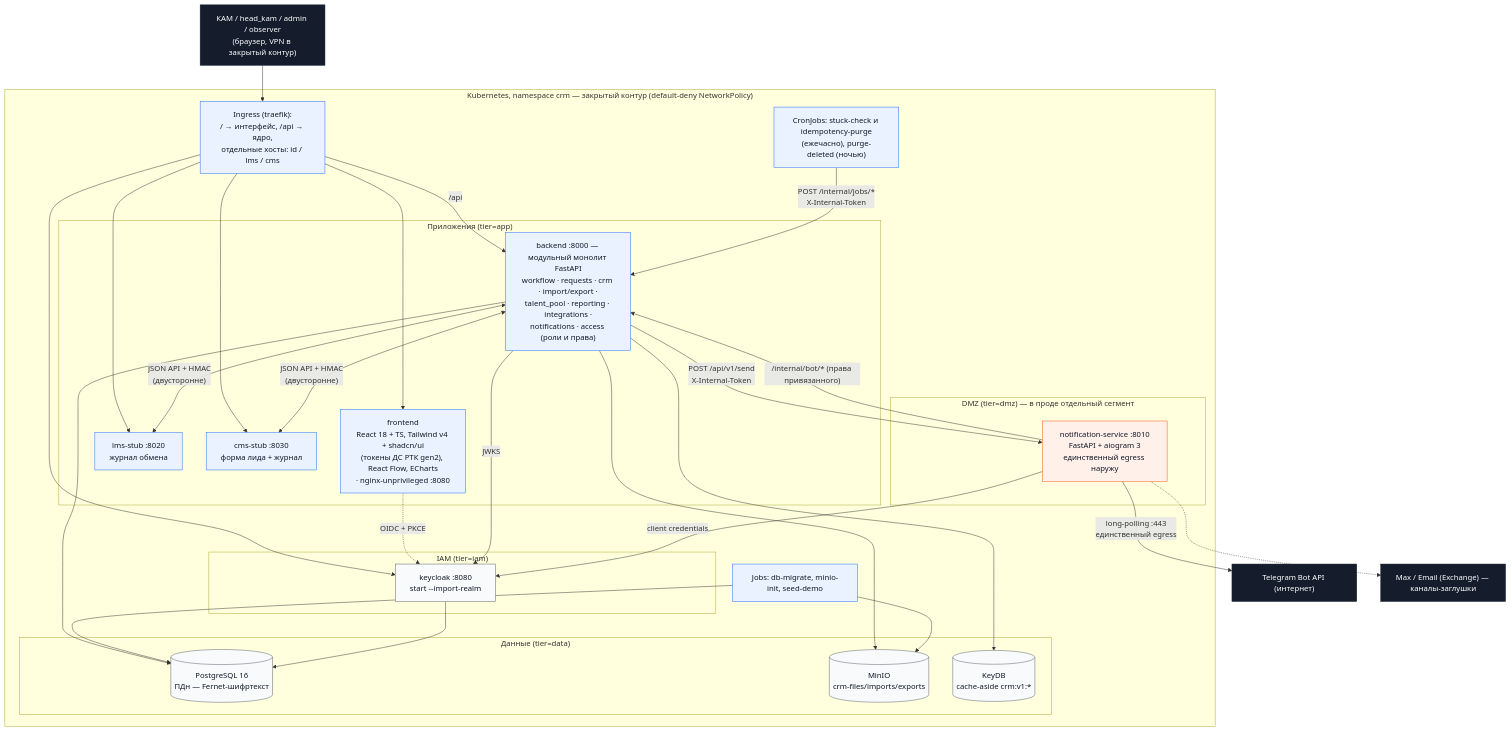
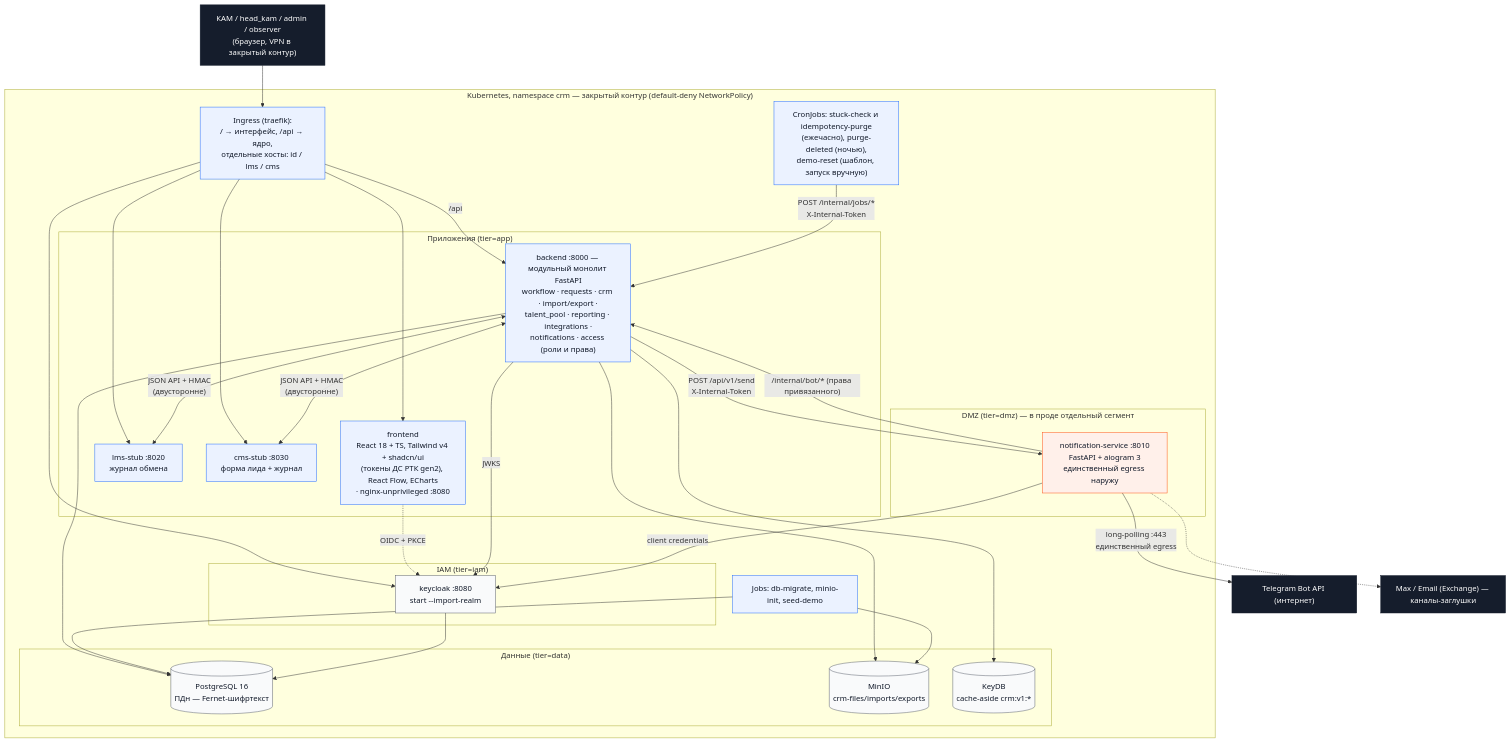
The second of 3 diagrams in README.md (ilya2108/Collabse-LCT-Alma), drawn with Mermaid before and after one commit. The commit also changed other lines of this file and 25 other files, not shown here.

````diff
--- a/README.md
+++ b/README.md
@@ -173,58 +212,58 @@
 ```mermaid
 flowchart TB
     USR["КАМ / head_kam / admin / observer<br/>(браузер, VPN в закрытый контур)"]
     subgraph cluster["Kubernetes, namespace crm — закрытый контур (default-deny NetworkPolicy)"]
         ING["Ingress (traefik):<br/>/ → интерфейс, /api → ядро,<br/>отдельные хосты: id / lms / cms"]
         subgraph apps["Приложения (tier=app)"]
             FE["frontend<br/>React 18 + TS, Tailwind v4 + shadcn/ui<br/>(токены ДС РТК gen2), React Flow, ECharts<br/>· nginx-unprivileged :8080"]
             BE["backend :8000 — модульный монолит FastAPI<br/>workflow · requests · crm · import/export ·<br/>talent_pool · reporting · integrations ·<br/>notifications · access (роли и права)"]
             LMS["lms-stub :8020<br/>журнал обмена"]
             CMS["cms-stub :8030<br/>форма лида + журнал"]
         end
         subgraph iam["IAM (tier=iam)"]
             KC["keycloak :8080<br/>start --import-realm"]
         end
         subgraph data["Данные (tier=data)"]
             PG[("PostgreSQL 16<br/>ПДн — Fernet-шифртекст")]
             S3[("MinIO<br/>crm-files/imports/exports")]
             KD[("KeyDB<br/>cache-aside crm:v1:*")]
         end
         subgraph dmz["DMZ (tier=dmz) — в проде отдельный сегмент"]
             NT["notification-service :8010<br/>FastAPI + aiogram 3<br/>единственный egress наружу"]
         end
-        CRON["CronJobs: stuck-check и idempotency-purge<br/>(ежечасно), purge-deleted (ночью)"]
+        CRON["CronJobs: stuck-check и idempotency-purge<br/>(ежечасно), purge-deleted (ночью),<br/>demo-reset (шаблон, запуск вручную)"]
         JOBS["Jobs: db-migrate, minio-init, seed-demo"]
     end
     TG["Telegram Bot API (интернет)"]
     MAX["Max / Email (Exchange) — каналы-заглушки"]
 
     USR --> ING
     ING --> FE
     ING -->|"/api"| BE
     ING --> KC & LMS & CMS
     FE -.->|"OIDC + PKCE"| KC
     BE --> PG & S3 & KD
     BE -->|JWKS| KC
     BE <-->|"JSON API + HMAC<br/>(двусторонне)"| LMS
     BE <-->|"JSON API + HMAC<br/>(двусторонне)"| CMS
     BE -->|"POST /api/v1/send<br/>X-Internal-Token"| NT
     NT -->|"client credentials"| KC
     NT -->|"/internal/bot/* (права привязанного)"| BE
     NT -->|"long-polling :443<br/>единственный egress"| TG
     NT -.-> MAX
     CRON -->|"POST /internal/jobs/*<br/>X-Internal-Token"| BE
     JOBS --> PG & S3
     KC --> PG
 
     %% палитра — из токенов ДС РТК gen2 (brand-rt.md): синий base-info, оранжевый status-01, графит neutral-950
     classDef app fill:#EBF2FF,stroke:#1F69FF,color:#101828
     classDef data fill:#F9FAFB,stroke:#585D69,color:#101828
     classDef iam fill:#F9FAFB,stroke:#585D69,color:#101828
     classDef dmz fill:#FFF0EA,stroke:#FF4F12,color:#101828
     classDef ext fill:#151D2C,stroke:#151D2C,color:#FFFFFF
     class FE,BE,LMS,CMS,ING,CRON,JOBS app
     class PG,S3,KD data
     class KC iam
     class NT dmz
     class USR,TG,MAX ext
 ```
````
